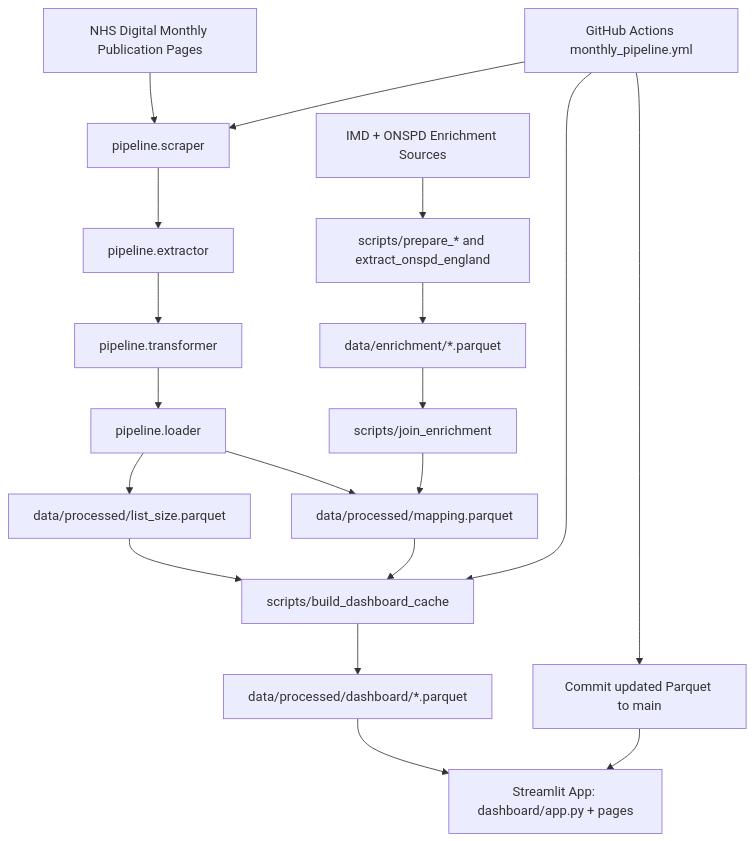
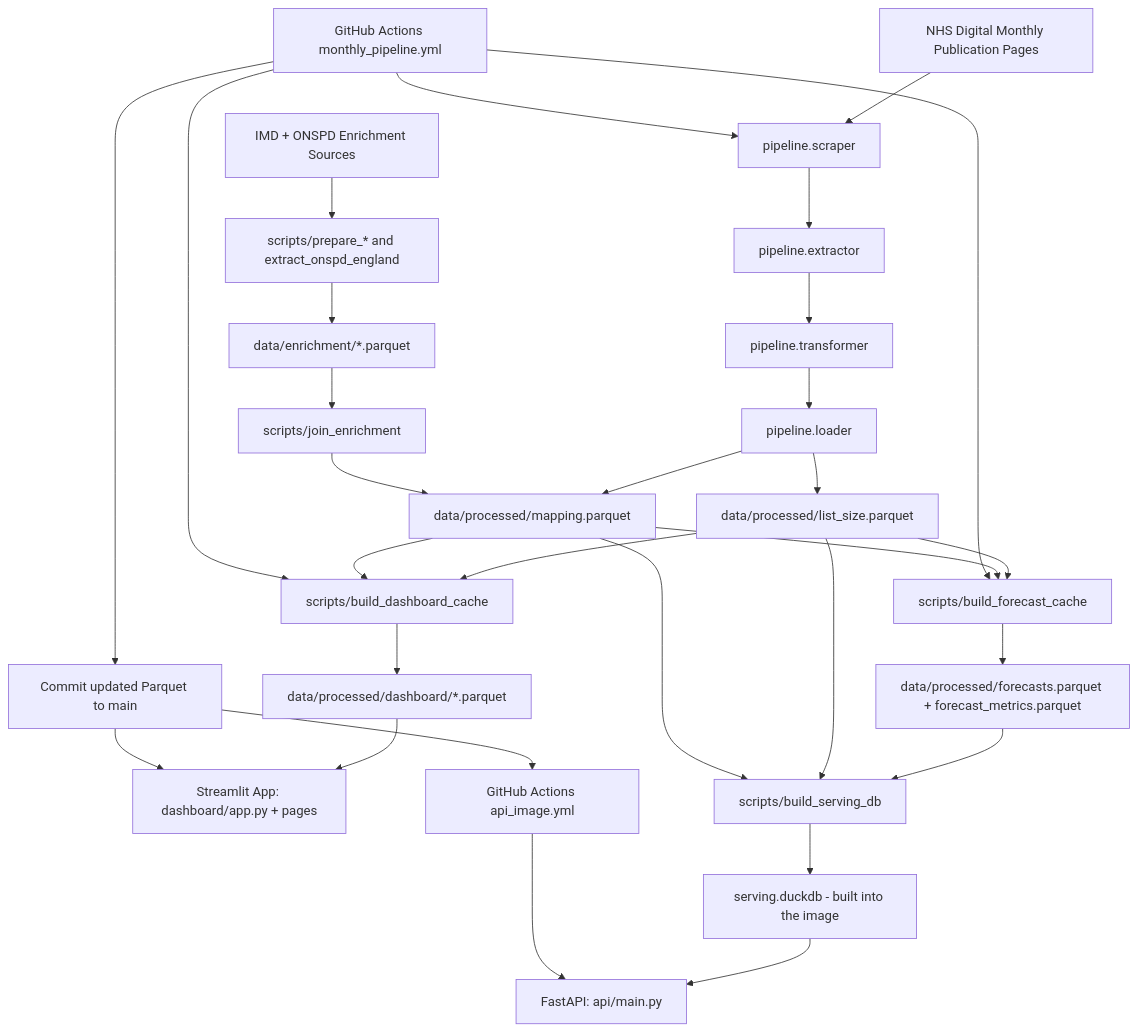
Before and after one commit to jad-22/nhs-gp-analytics: the diagram in README.md, drawn with Mermaid. The commit also changed other lines of this file and 30 other files, not shown here.

First line of the commit message:
feat(api): precomputed forecast cache and public read-only API (DEC-012)

````diff
--- a/README.md
+++ b/README.md
@@ -27,24 +27,35 @@
 ```mermaid
 flowchart TD
 	A[NHS Digital Monthly Publication Pages] --> B[pipeline.scraper]
 	B --> C[pipeline.extractor]
 	C --> D[pipeline.transformer]
 	D --> E[pipeline.loader]
 	E --> F[data/processed/list_size.parquet]
 	E --> G[data/processed/mapping.parquet]
 
 	H[IMD + ONSPD Enrichment Sources] --> I[scripts/prepare_* and extract_onspd_england]
 	I --> J[data/enrichment/*.parquet]
 	J --> K[scripts/join_enrichment]
 	K --> G
 
 	F --> L[scripts/build_dashboard_cache]
 	G --> L
 	L --> M[data/processed/dashboard/*.parquet]
 
 	M --> N[Streamlit App: dashboard/app.py + pages]
 	O[GitHub Actions monthly_pipeline.yml] --> B
 	O --> L
 	O --> P[Commit updated Parquet to main]
 	P --> N
+
+	F --> Q[scripts/build_forecast_cache]
+	G --> Q
+	Q --> R[data/processed/forecasts.parquet + forecast_metrics.parquet]
+	O --> Q
+	R --> S[scripts/build_serving_db]
+	F --> S
+	G --> S
+	S --> T[serving.duckdb - built into the image]
+	T --> U[FastAPI: api/main.py]
+	P --> V[GitHub Actions api_image.yml] --> U
 ```
````
